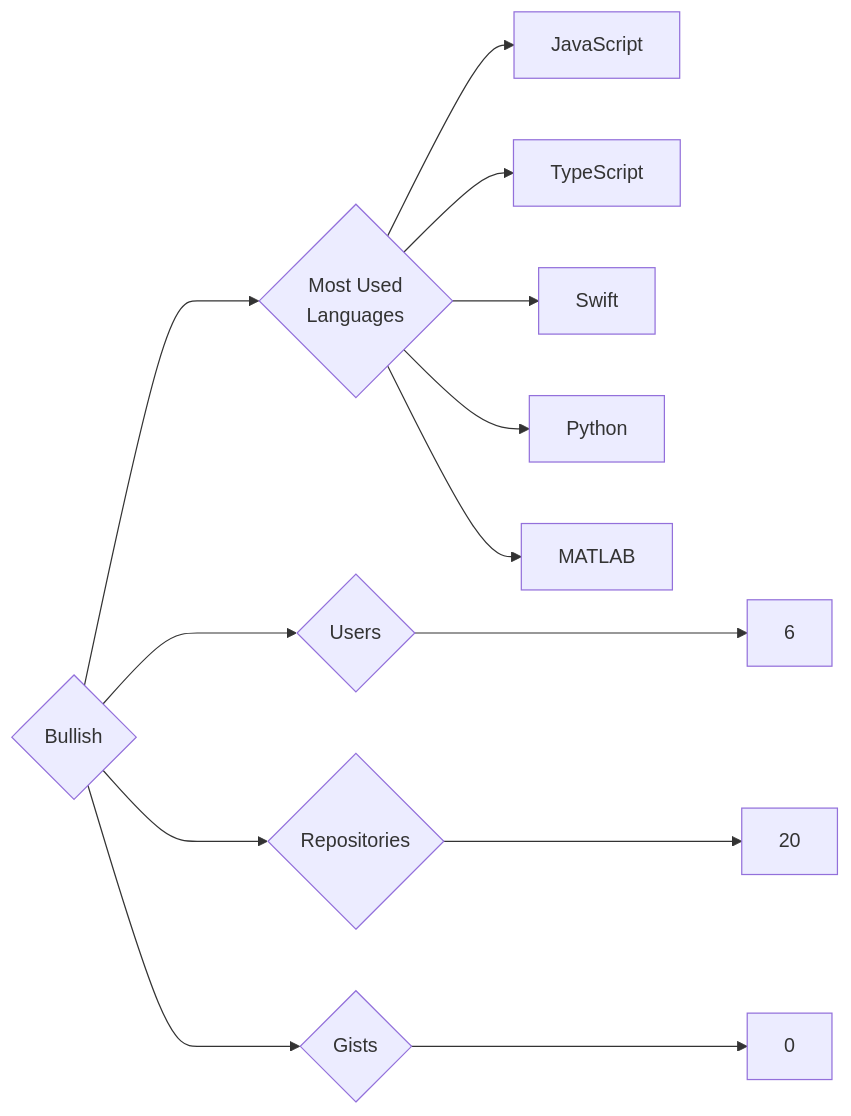
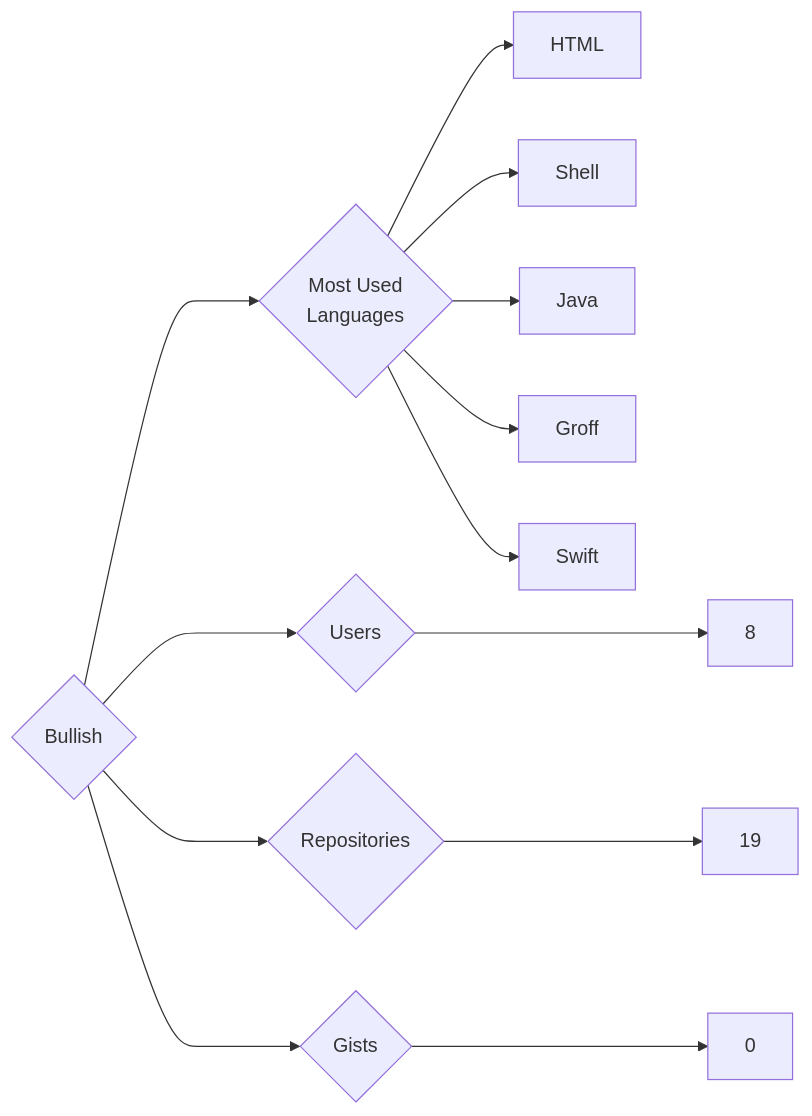
The diagram in targets/Bullish/README.md (trickest/insiders), drawn with Mermaid before and after one commit. The commit also changed 924 other files, not shown here.

````diff
--- a/targets/Bullish/README.md
+++ b/targets/Bullish/README.md
@@ -3,13 +3,13 @@
 ```mermaid
 graph LR
 COMPANY_NAME{Bullish}
-COMPANY_NAME ---> U{Users} ---> UN[6]
-COMPANY_NAME ---> R{Repositories} ---> RN[20]
+COMPANY_NAME ---> U{Users} ---> UN[8]
+COMPANY_NAME ---> R{Repositories} ---> RN[19]
 COMPANY_NAME ---> G{Gists} ---> GN[0]
 COMPANY_NAME ---> ML{Most Used<br>Languages}
-ML --> JavaScript[JavaScript]
-ML --> TypeScript[TypeScript]
+ML --> HTML[HTML]
+ML --> Shell[Shell]
+ML --> Java[Java]
+ML --> Groff[Groff]
 ML --> Swift[Swift]
-ML --> Python[Python]
-ML --> MATLAB[MATLAB]
 ```
````
